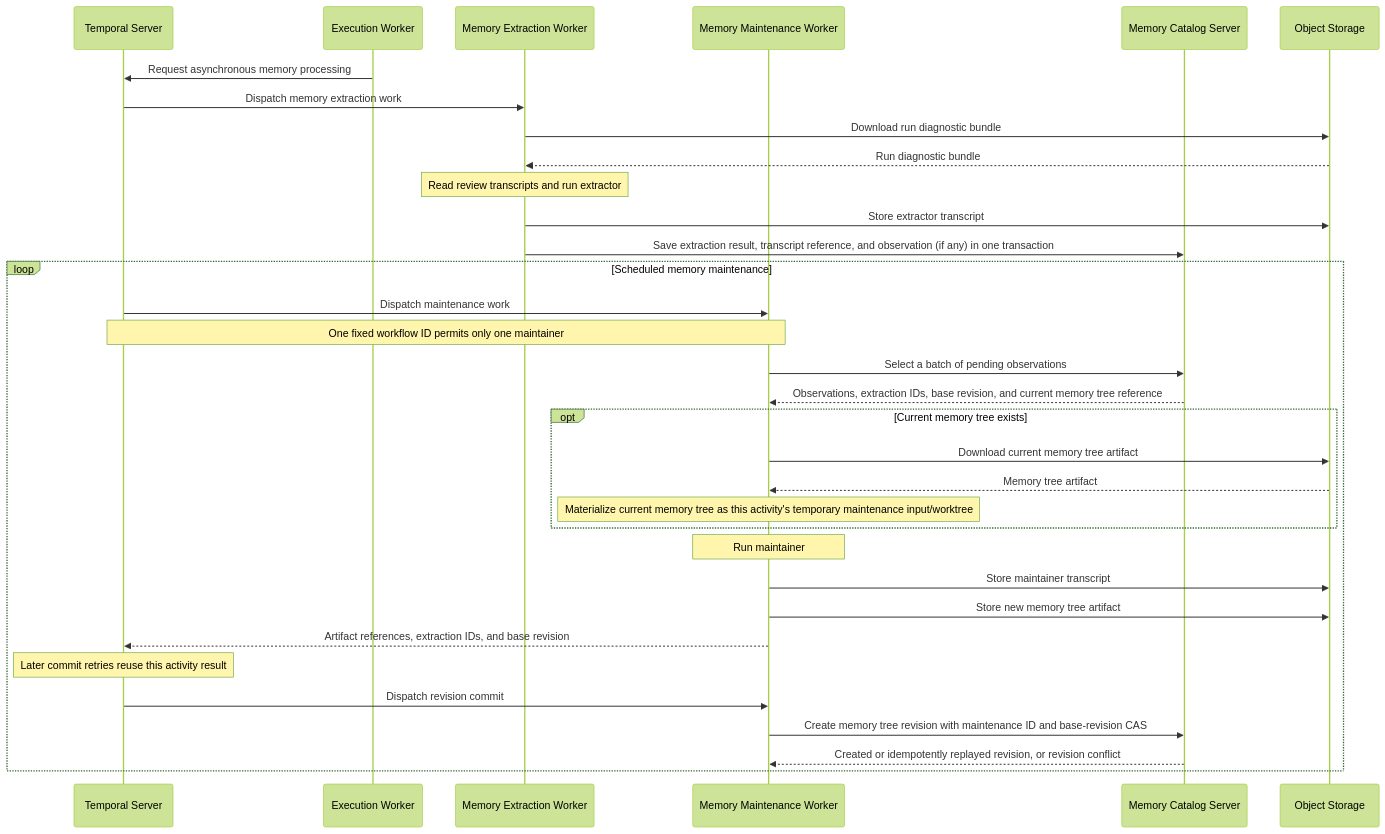
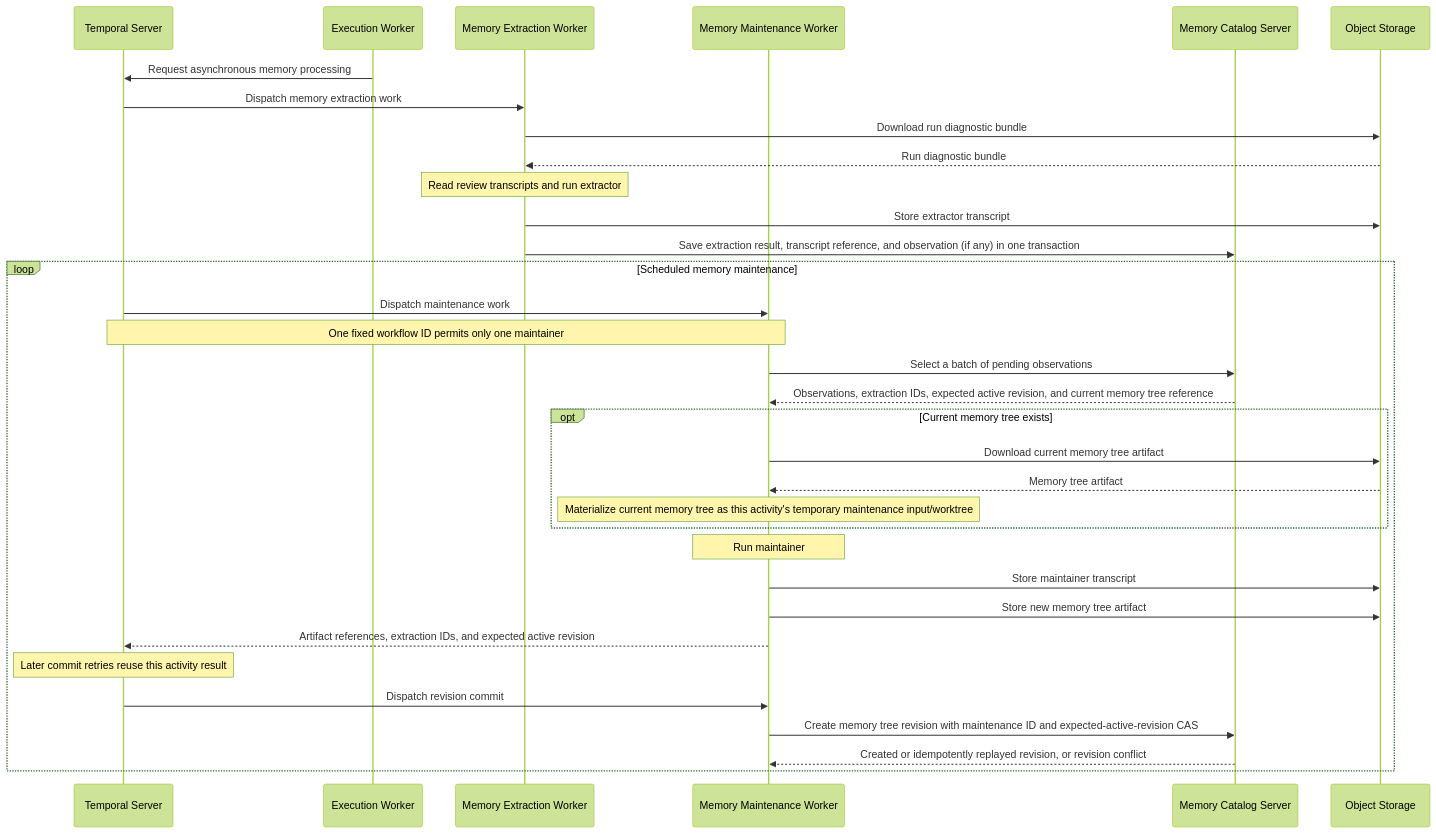
Before and after one commit to Agent-AI-Chalmers/sec-review-bot: the second of 2 diagrams in docs/architecture/SYSTEM_ARCHITECTURE.md, drawn with Mermaid (forest theme). The commit also changed other lines of this file and 210 other files, not shown here.

First line of the commit message:
feat!: add memory operations and artifact inspection (#167)

````diff
--- a/docs/architecture/SYSTEM_ARCHITECTURE.md
+++ b/docs/architecture/SYSTEM_ARCHITECTURE.md
@@ -64,36 +66,36 @@
 ```mermaid
 sequenceDiagram
   participant Temporal as Temporal Server
   participant ExecutionWorker as Execution Worker
   participant ExtractionWorker as Memory Extraction Worker
   participant MaintenanceWorker as Memory Maintenance Worker
   participant Catalog as Memory Catalog Server
   participant Storage as Object Storage
 
   ExecutionWorker->>Temporal: Request asynchronous memory processing
   Temporal->>ExtractionWorker: Dispatch memory extraction work
   ExtractionWorker->>Storage: Download run diagnostic bundle
   Storage-->>ExtractionWorker: Run diagnostic bundle
   Note over ExtractionWorker: Read review transcripts and run extractor
   ExtractionWorker->>Storage: Store extractor transcript
   ExtractionWorker->>Catalog: Save extraction result, transcript reference, and observation (if any) in one transaction
   loop Scheduled memory maintenance
     Temporal->>MaintenanceWorker: Dispatch maintenance work
     Note over Temporal,MaintenanceWorker: One fixed workflow ID permits only one maintainer
     MaintenanceWorker->>Catalog: Select a batch of pending observations
-    Catalog-->>MaintenanceWorker: Observations, extraction IDs, base revision, and current memory tree reference
+    Catalog-->>MaintenanceWorker: Observations, extraction IDs, expected active revision, and current memory tree reference
     opt Current memory tree exists
       MaintenanceWorker->>Storage: Download current memory tree artifact
       Storage-->>MaintenanceWorker: Memory tree artifact
       Note over MaintenanceWorker: Materialize current memory tree as this activity's temporary maintenance input/worktree
     end
     Note over MaintenanceWorker: Run maintainer
     MaintenanceWorker->>Storage: Store maintainer transcript
     MaintenanceWorker->>Storage: Store new memory tree artifact
-    MaintenanceWorker-->>Temporal: Artifact references, extraction IDs, and base revision
+    MaintenanceWorker-->>Temporal: Artifact references, extraction IDs, and expected active revision
     Note over Temporal: Later commit retries reuse this activity result
     Temporal->>MaintenanceWorker: Dispatch revision commit
-    MaintenanceWorker->>Catalog: Create memory tree revision with maintenance ID and base-revision CAS
+    MaintenanceWorker->>Catalog: Create memory tree revision with maintenance ID and expected-active-revision CAS
     Catalog-->>MaintenanceWorker: Created or idempotently replayed revision, or revision conflict
   end
 ```
````
